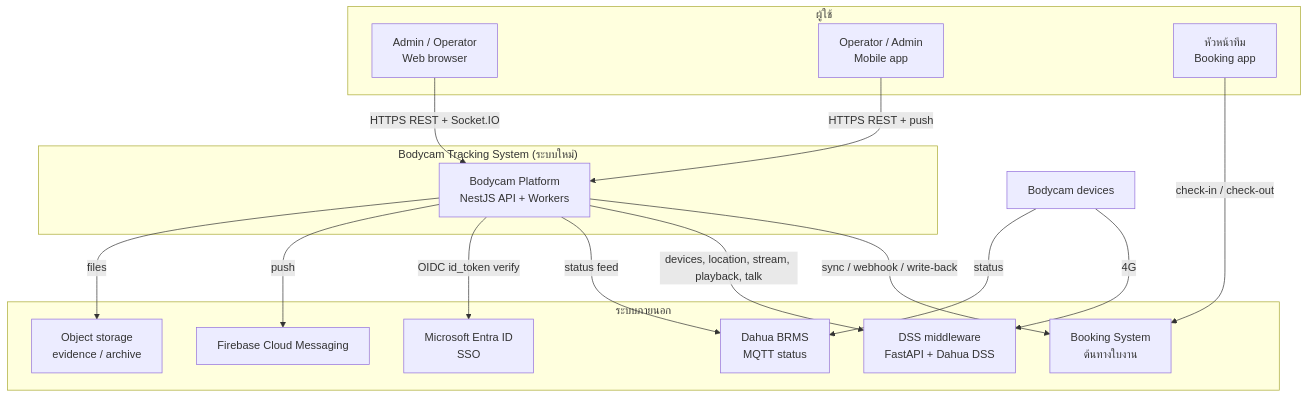
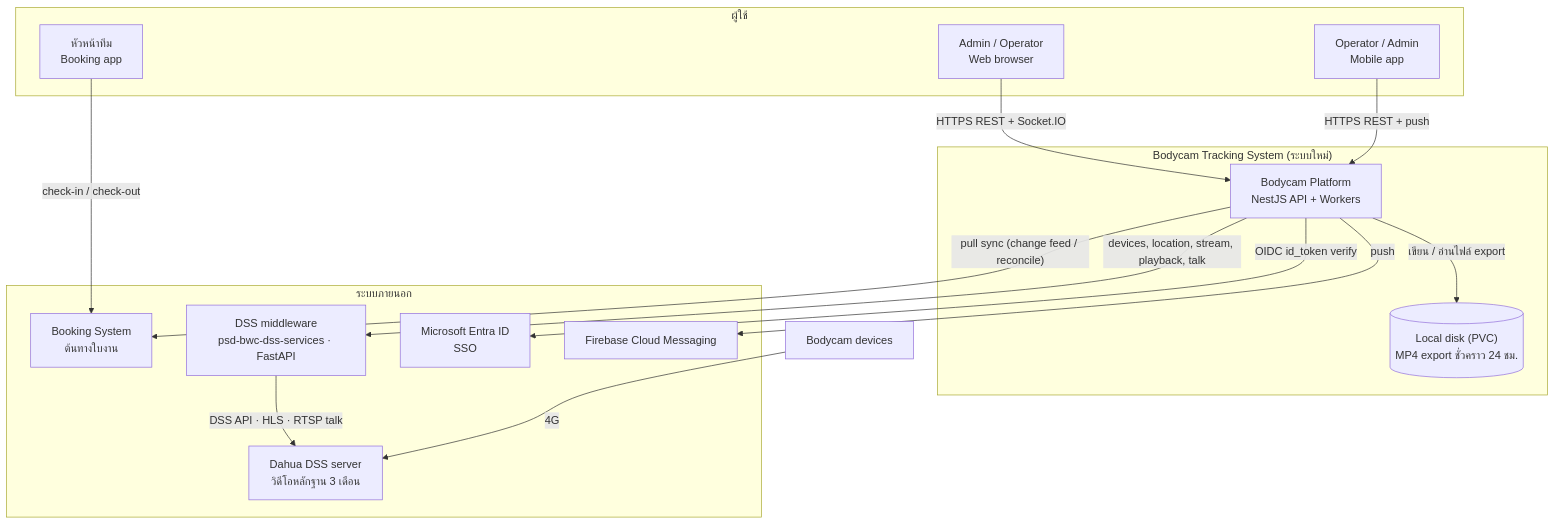
The first of 6 diagrams in docs/blueprint/02-system-architecture.md (b-werayut/psd-bodycam-v1.0), drawn with Mermaid before and after one commit. The commit also changed other lines of this file and 304 other files, not shown here.

````diff
--- a/docs/blueprint/02-system-architecture.md
+++ b/docs/blueprint/02-system-architecture.md
@@ -21,31 +21,30 @@
 ```mermaid
 flowchart TB
   subgraph Users["ผู้ใช้"]
     OPS["Admin / Operator<br/>Web browser"]
     LEAD["Operator / Admin<br/>Mobile app"]
     TL["หัวหน้าทีม<br/>Booking app"]
   end
   subgraph Sys["Bodycam Tracking System (ระบบใหม่)"]
     CORE["Bodycam Platform<br/>NestJS API + Workers"]
+    DISK[("Local disk (PVC)<br/>MP4 export ชั่วคราว 24 ชม.")]
   end
   subgraph Ext["ระบบภายนอก"]
     BOOK["Booking System<br/>ต้นทางใบงาน"]
-    DSS["DSS middleware<br/>FastAPI + Dahua DSS"]
-    BRMS["Dahua BRMS<br/>MQTT status"]
+    DSSMW["DSS middleware<br/>psd-bwc-dss-services · FastAPI"]
+    DSSSRV["Dahua DSS server<br/>วิดีโอหลักฐาน 3 เดือน"]
     ENTRA["Microsoft Entra ID<br/>SSO"]
     FCM["Firebase Cloud Messaging"]
-    OBJ["Object storage<br/>evidence / archive"]
   end
   CAM["Bodycam devices"]
   OPS -- "HTTPS REST + Socket.IO" --> CORE
   LEAD -- "HTTPS REST + push" --> CORE
   TL -- "check-in / check-out" --> BOOK
-  CORE -- "sync / webhook / write-back" --> BOOK
-  CORE -- "devices, location, stream, playback, talk" --> DSS
-  CORE -- "status feed" --> BRMS
+  CORE -- "pull sync (change feed / reconcile)" --> BOOK
+  CORE -- "devices, location, stream, playback, talk" --> DSSMW
+  DSSMW -- "DSS API · HLS · RTSP talk" --> DSSSRV
   CORE -- "OIDC id_token verify" --> ENTRA
   CORE -- "push" --> FCM
-  CORE -- "files" --> OBJ
-  CAM -- "4G" --> DSS
-  CAM -- "status" --> BRMS
+  CORE -- "เขียน / อ่านไฟล์ export" --> DISK
+  CAM -- "4G" --> DSSSRV
 ```
````
